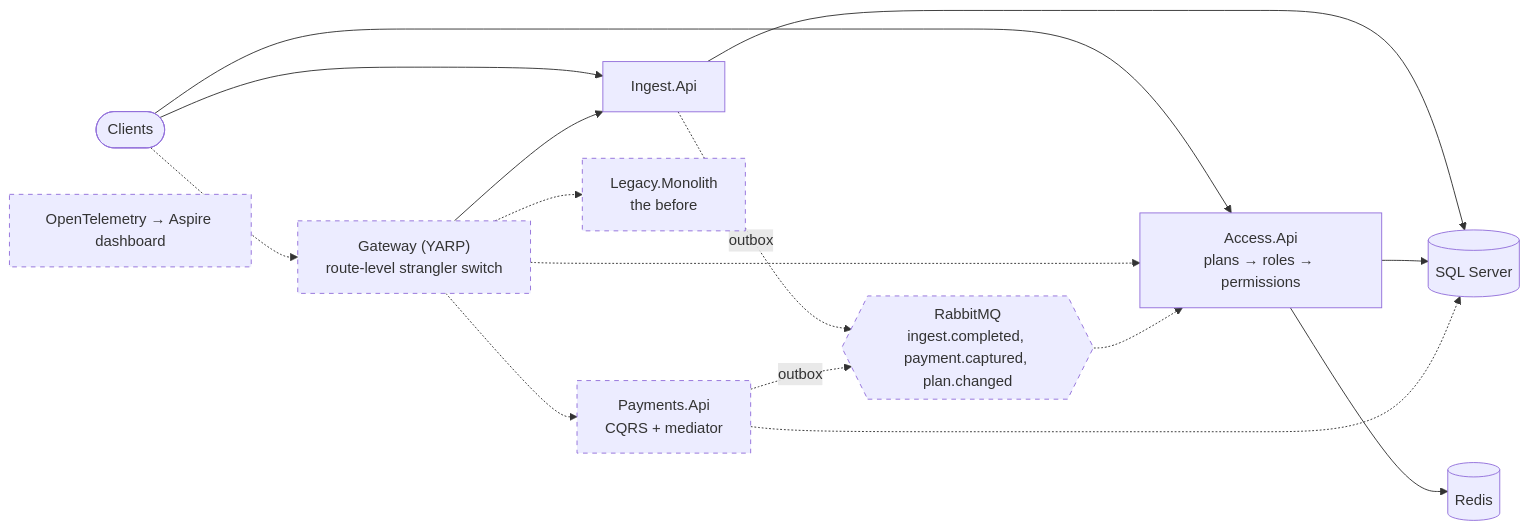
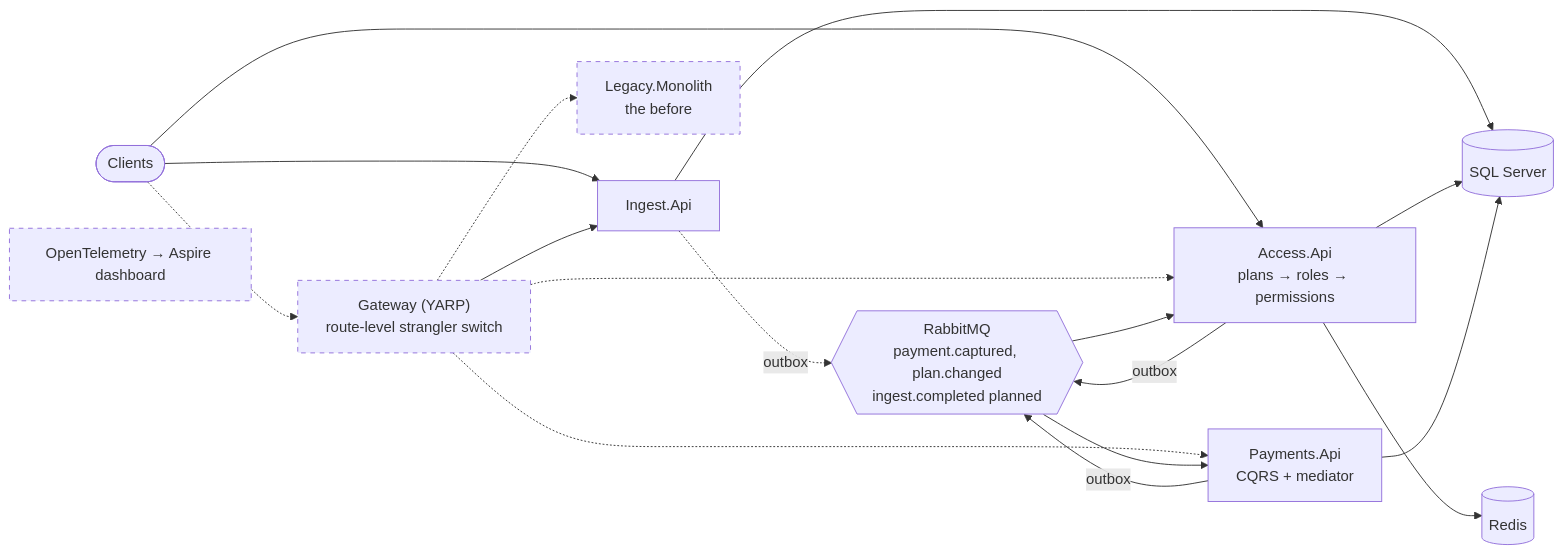
The fifth of 5 diagrams in docs/architecture.md (Arggon/dotnet-batchyard), drawn with Mermaid before and after one commit. The commit also changed other lines of this file and 1 other file, not shown here.

First line of the commit message:
docs: README and architecture for milestone 3

````diff
--- a/docs/architecture.md
+++ b/docs/architecture.md
@@ -70,30 +106,32 @@
 ```mermaid
 flowchart LR
     client([Clients])
     gw["Gateway (YARP)<br/>route-level strangler switch"]:::planned
     ingest[Ingest.Api]
     access["Access.Api<br/>plans → roles → permissions"]
-    payments["Payments.Api<br/>CQRS + mediator"]:::planned
+    payments["Payments.Api<br/>CQRS + mediator"]
     legacy["Legacy.Monolith<br/>the before"]:::planned
     sql[(SQL Server)]
     redis[(Redis)]
-    mq{{RabbitMQ<br/>ingest.completed, payment.captured, plan.changed}}:::planned
+    mq{{RabbitMQ<br/>payment.captured, plan.changed<br/>ingest.completed planned}}
     otel["OpenTelemetry → Aspire dashboard"]:::planned
 
     client -.-> gw
     client --> access
     client --> ingest
     gw --> ingest
     gw -.-> access
     gw -.-> payments
     gw -.-> legacy
     ingest --> sql
     access --> sql
     access --> redis
-    payments -.-> sql
+    payments --> sql
     ingest -.->|outbox| mq
-    payments -.->|outbox| mq
-    mq -.-> access
+    payments -->|outbox| mq
+    access -->|outbox| mq
+    mq --> access
+    mq --> payments
 
     classDef planned stroke-dasharray: 5 5
 ```
````
